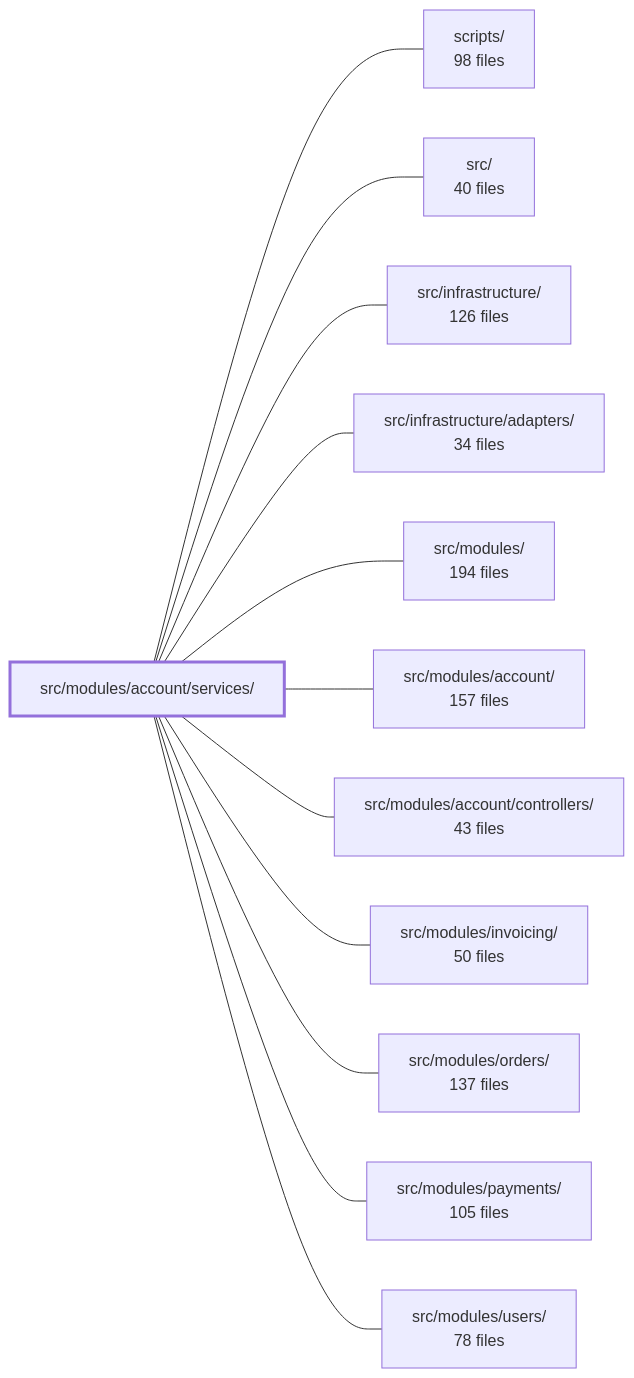
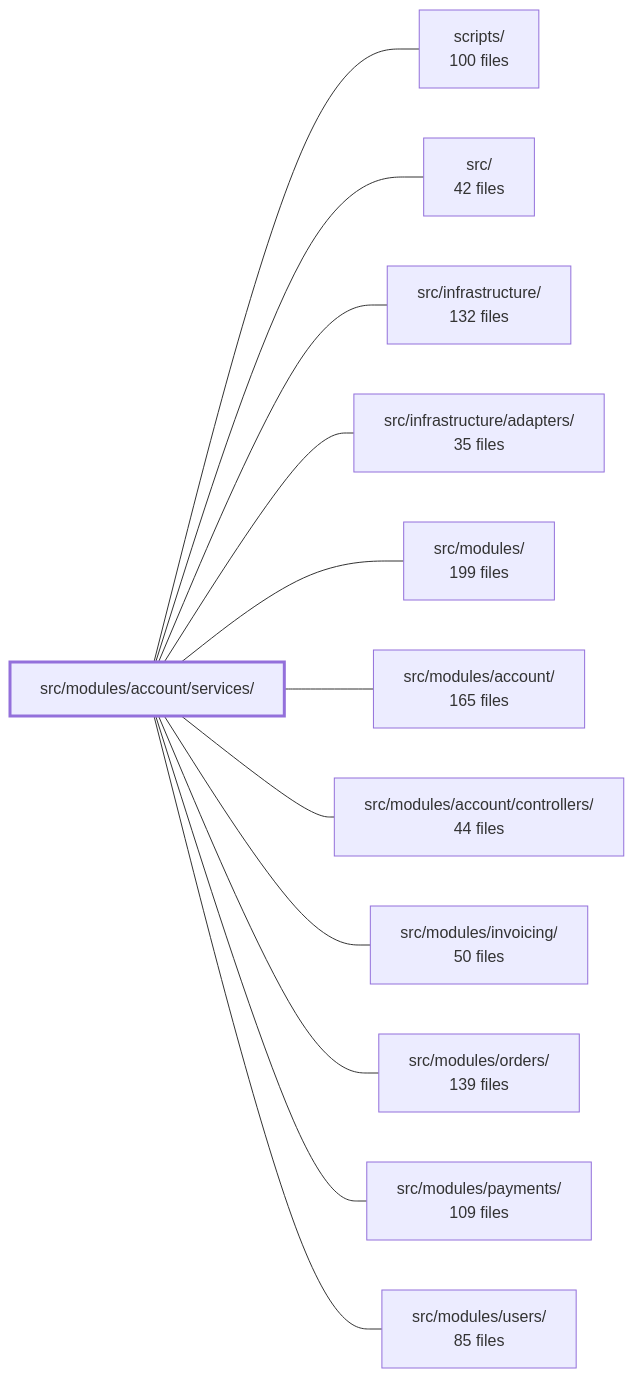
Before and after one commit to Guebbit/boilerplate-node-backend: the diagram in .2brain/modules/boilerplate-node-backend_src_modules_account_services.md, drawn with Mermaid. The commit also changed other lines of this file and 1102 other files, not shown here.

````diff
--- a/.2brain/modules/boilerplate-node-backend_src_modules_account_services.md
+++ b/.2brain/modules/boilerplate-node-backend_src_modules_account_services.md
@@ -45,27 +43,27 @@
 ```mermaid
 flowchart LR
     m_src_modules_account_services["src/modules/account/services/"]
-    m_scripts["scripts/<br/>98 files"]
-    m_src["src/<br/>40 files"]
-    m_src_infrastructure["src/infrastructure/<br/>126 files"]
-    m_src_infrastructure_adapters["src/infrastructure/adapters/<br/>34 files"]
-    m_src_modules["src/modules/<br/>194 files"]
-    m_src_modules_account["src/modules/account/<br/>157 files"]
-    m_src_modules_account_controllers["src/modules/account/controllers/<br/>43 files"]
+    m_scripts["scripts/<br/>100 files"]
+    m_src["src/<br/>42 files"]
+    m_src_infrastructure["src/infrastructure/<br/>132 files"]
+    m_src_infrastructure_adapters["src/infrastructure/adapters/<br/>35 files"]
+    m_src_modules["src/modules/<br/>199 files"]
+    m_src_modules_account["src/modules/account/<br/>165 files"]
+    m_src_modules_account_controllers["src/modules/account/controllers/<br/>44 files"]
     m_src_modules_invoicing["src/modules/invoicing/<br/>50 files"]
-    m_src_modules_orders["src/modules/orders/<br/>137 files"]
-    m_src_modules_payments["src/modules/payments/<br/>105 files"]
-    m_src_modules_users["src/modules/users/<br/>78 files"]
+    m_src_modules_orders["src/modules/orders/<br/>139 files"]
+    m_src_modules_payments["src/modules/payments/<br/>109 files"]
+    m_src_modules_users["src/modules/users/<br/>85 files"]
     m_src_modules_account_services --- m_scripts
     m_src_modules_account_services --- m_src
     m_src_modules_account_services --- m_src_infrastructure
     m_src_modules_account_services --- m_src_infrastructure_adapters
     m_src_modules_account_services --- m_src_modules
     m_src_modules_account_services --- m_src_modules_account
     m_src_modules_account_services --- m_src_modules_account_controllers
     m_src_modules_account_services --- m_src_modules_invoicing
     m_src_modules_account_services --- m_src_modules_orders
     m_src_modules_account_services --- m_src_modules_payments
     m_src_modules_account_services --- m_src_modules_users
     style m_src_modules_account_services stroke-width:3px
 ```
````
